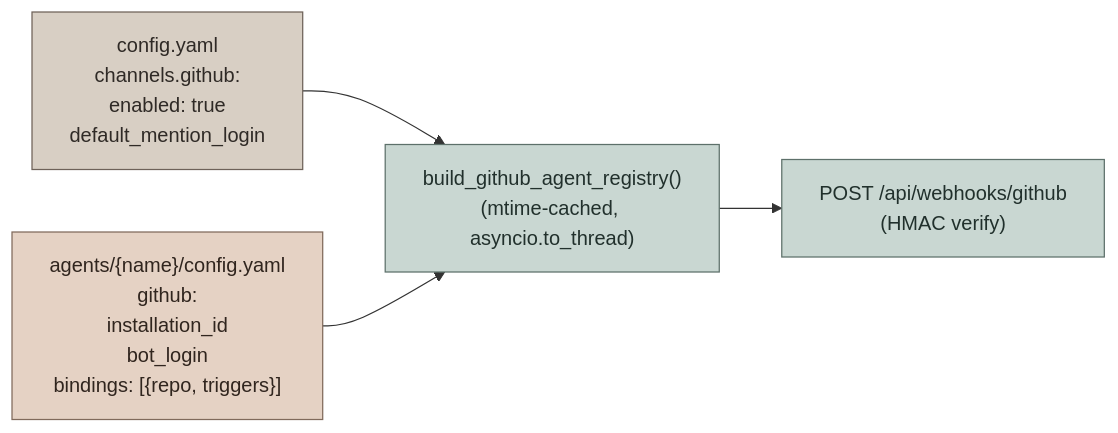
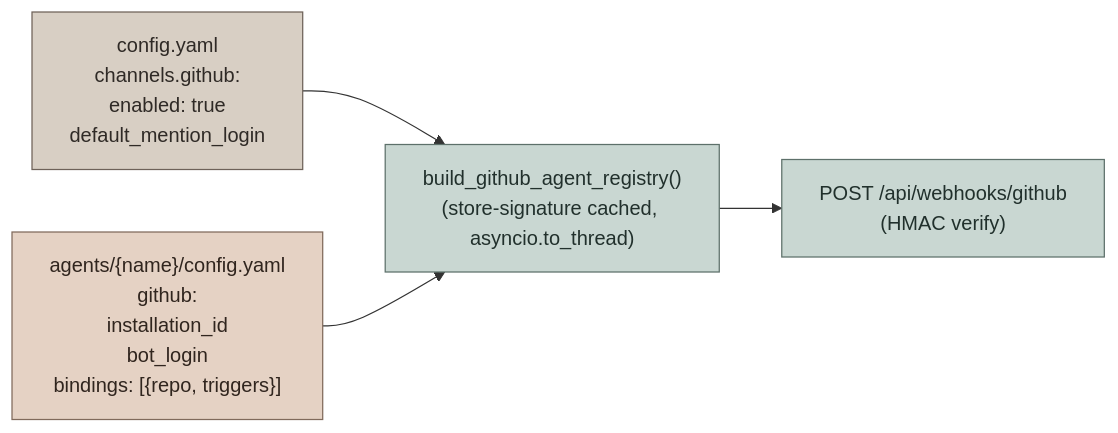
The first of 8 diagrams in backend/docs/GITHUB_AGENTS.md (jiaqiang000/AI-Teacher-Copilot), drawn with Mermaid before and after one commit. The commit also changed other lines of this file and 57 other files, not shown here.

````diff
--- a/backend/docs/GITHUB_AGENTS.md
+++ b/backend/docs/GITHUB_AGENTS.md
@@ -20,15 +20,15 @@
 ```mermaid
 graph LR
     classDef operator fill:#D8CFC4,stroke:#6E6259,color:#2F2A26
     classDef agent fill:#E5D2C4,stroke:#806A5B,color:#30251E
     classDef route fill:#C9D7D2,stroke:#5D706A,color:#21302C
 
     OperatorYaml["config.yaml<br/>channels.github:<br/>  enabled: true<br/>  default_mention_login"]:::operator
     AgentYaml["agents/{name}/config.yaml<br/>github:<br/>  installation_id<br/>  bot_login<br/>  bindings: [{repo, triggers}]"]:::agent
-    Registry["build_github_agent_registry()<br/>(mtime-cached, asyncio.to_thread)"]:::route
+    Registry["build_github_agent_registry()<br/>(store-signature cached, asyncio.to_thread)"]:::route
     Webhook["POST /api/webhooks/github<br/>(HMAC verify)"]:::route
 
     OperatorYaml --> Registry
     AgentYaml --> Registry
     Registry --> Webhook
 ```
````
